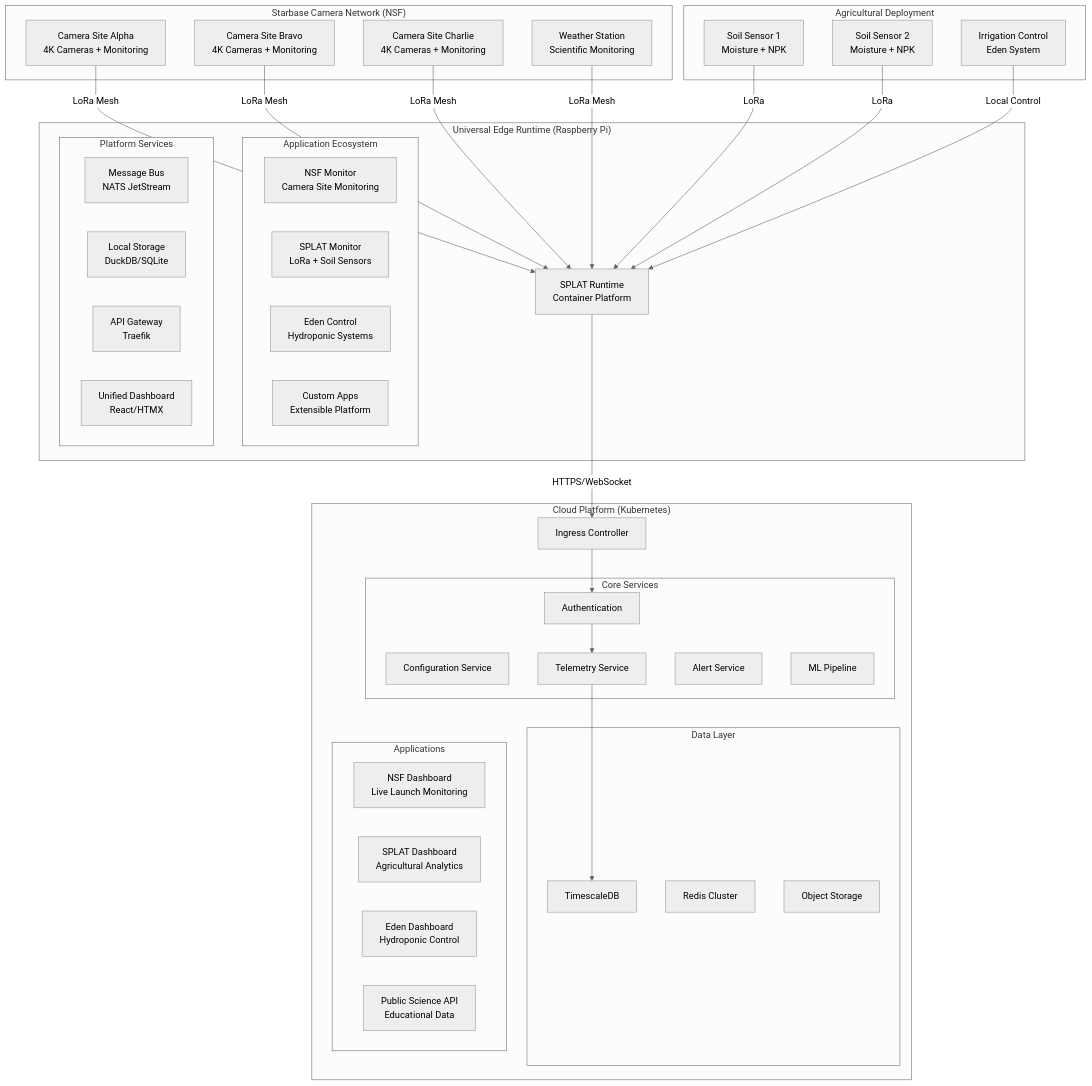
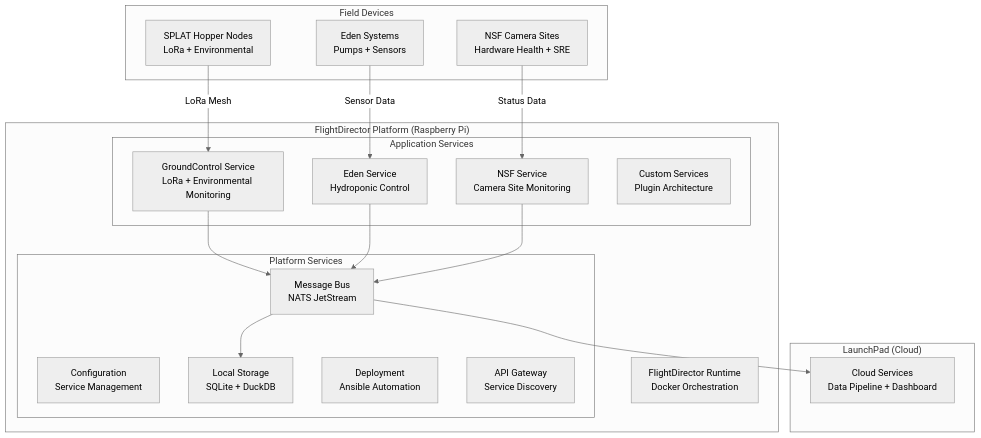
One commit to bencreasy/SPLAT changed the diagram in FDv2.md. Above: the diagram before and after it, drawn with Mermaid (neutral theme). The commit also changed other lines of this file, not shown here.

````diff
--- a/FDv2.md
+++ b/FDv2.md
@@ -26,71 +17,42 @@
 ```mermaid
 graph TB
-    subgraph "Starbase Camera Network (NSF)"
-        CAM_A[Camera Site Alpha<br/>4K Cameras + Monitoring]
-        CAM_B[Camera Site Bravo<br/>4K Cameras + Monitoring]
-        CAM_C[Camera Site Charlie<br/>4K Cameras + Monitoring]
-        WEATHER[Weather Station<br/>Scientific Monitoring]
+    subgraph "Field Devices"
+        HOPPERS[SPLAT Hopper Nodes<br/> LoRa + Environmental]
+        CAMERAS[NSF Camera Sites<br/> Hardware Health + SRE]
+        HYDRO[Eden Systems<br/>Pumps + Sensors]
     end
     
-    subgraph "Agricultural Deployment"
-        SOIL_1[Soil Sensor 1<br/>Moisture + NPK]
-        SOIL_2[Soil Sensor 2<br/>Moisture + NPK]
-        IRRIGATION[Irrigation Control<br/>Eden System]
-    end
-    
-    subgraph "Universal Edge Runtime (Raspberry Pi)"
-        RUNTIME[SPLAT Runtime<br/>Container Platform]
-        
-        subgraph "Application Ecosystem"
-            NSF_APP[NSF Monitor<br/>Camera Site Monitoring]
-            SPLAT_APP[SPLAT Monitor<br/>LoRa + Soil Sensors]
-            EDEN_APP[Eden Control<br/>Hydroponic Systems]
-            CUSTOM_APP[Custom Apps<br/>Extensible Platform]
-        end
+    subgraph "FlightDirector Platform (Raspberry Pi)"
+        RUNTIME[FlightDirector Runtime<br/>Docker Orchestration]
         
         subgraph "Platform Services"
             NATS[Message Bus<br/>NATS JetStream]
-            STORAGE[Local Storage<br/>DuckDB/SQLite]
-            API[API Gateway<br/>Traefik]
-            UI[Unified Dashboard<br/>React/HTMX]
+            CONFIG[Configuration<br/>Service Management]
+            STORAGE[Local Storage<br/>SQLite + DuckDB]
+            DEPLOY[Deployment<br/>Ansible Automation]
+            API[API Gateway<br/>Service Discovery]
+        end
+        
+        subgraph "Application Services"
+            GC[GroundControl Service<br/>LoRa + Environmental Monitoring]
+            EDEN[Eden Service<br/>Hydroponic Control]
+            NSF[NSF Service<br/>Camera Site Monitoring]
+            CUSTOM[Custom Services<br/>Plugin Architecture]
         end
     end
     
-    subgraph "Cloud Platform (Kubernetes)"
-        INGRESS[Ingress Controller]
-        
-        subgraph "Core Services"
-            AUTH[Authentication]
-            CONFIG[Configuration Service]
-            TELEMETRY[Telemetry Service]
-            ALERTS[Alert Service]
-            ML[ML Pipeline]
-        end
-        
-        subgraph "Data Layer"
-            TIMESERIES[TimescaleDB]
-            CACHE[Redis Cluster]
-            BLOB[Object Storage]
-        end
-        
-        subgraph "Applications"
-            NSF_CLOUD[NSF Dashboard<br/>Live Launch Monitoring]
-            SPLAT_CLOUD[SPLAT Dashboard<br/>Agricultural Analytics]
-            EDEN_CLOUD[Eden Dashboard<br/>Hydroponic Control]
-            PUBLIC_API[Public Science API<br/>Educational Data]
-        end
+    subgraph "LaunchPad (Cloud)"
+        CLOUD[Cloud Services<br/>Data Pipeline + Dashboard]
     end
     
-    CAM_A -->|LoRa Mesh| RUNTIME
-    CAM_B -->|LoRa Mesh| RUNTIME
-    CAM_C -->|LoRa Mesh| RUNTIME
-    WEATHER -->|LoRa Mesh| RUNTIME
-    SOIL_1 -->|LoRa| RUNTIME
-    SOIL_2 -->|LoRa| RUNTIME
-    IRRIGATION -->|Local Control| RUNTIME
+    HOPPERS -->|LoRa Mesh| GC
+    CAMERAS -->|Status Data| NSF  
+    HYDRO -->|Sensor Data| EDEN
     
-    RUNTIME -->|HTTPS/WebSocket| INGRESS
-    INGRESS --> AUTH
-    AUTH --> TELEMETRY
-    TELEMETRY --> TIMESERIES
+    GC --> NATS
+    EDEN --> NATS
+    NSF --> NATS
+    
+    NATS --> STORAGE
+    NATS --> CLOUD
 ```
````
